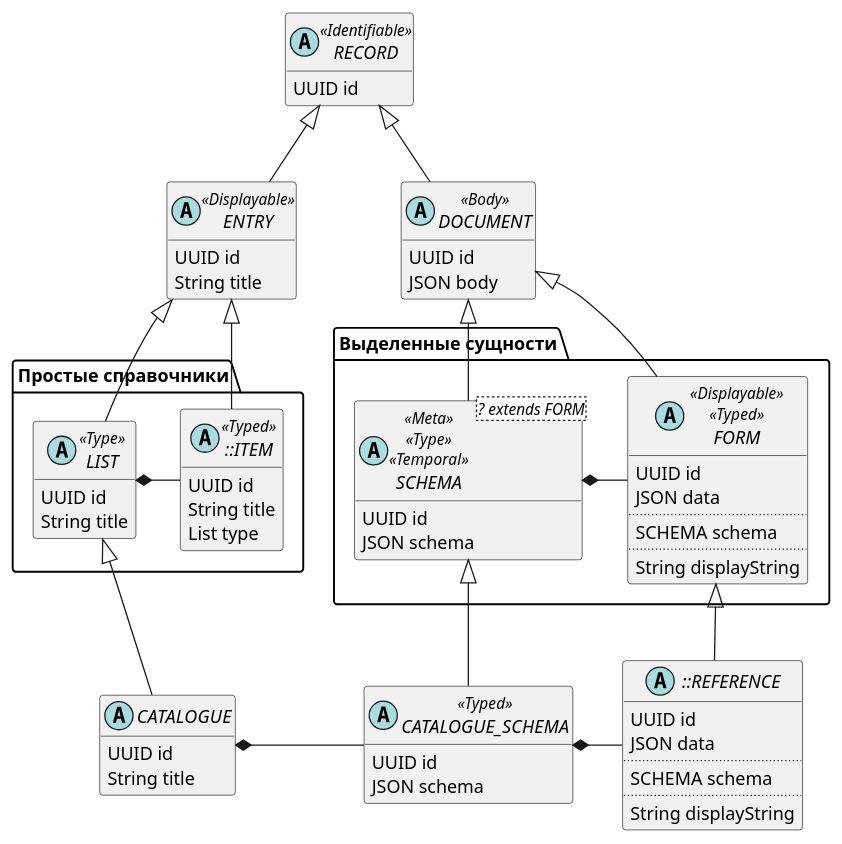
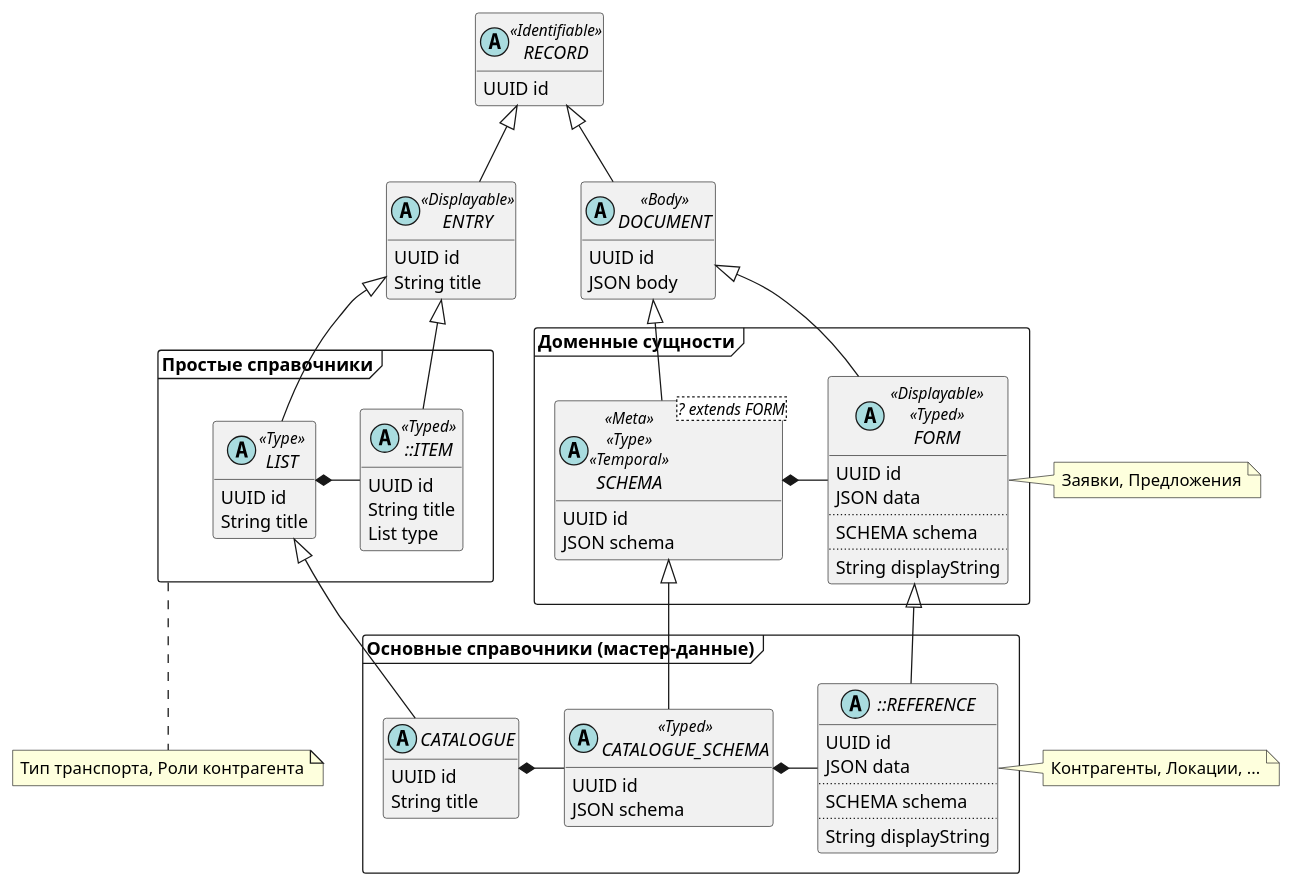
The diagram in dsl/systems/y-portal/plantuml/abstract-data-model.puml (solvo-ru/Y-Portal-c4), drawn with PlantUML before and after one commit. The commit also changed 23 other files, not shown here.

```diff
--- a/dsl/systems/y-portal/plantuml/abstract-data-model.puml
+++ b/dsl/systems/y-portal/plantuml/abstract-data-model.puml
@@ -1,137 +1,136 @@
 @startuml
 hide empty members
 interface Identifiable {
   getId()
 }
 'note left: //Идентифицируемость//\n(однозначно находится системой)
 interface Typed {
     RECORD getType()
 }
 'note left: //Классифицируемость//\n(входит в коллекцию)
 
 interface Displayable {
     String getTitle()
 }
 'note left: //Отображаемость//\n(однозначно находится человеком)
 
 interface Temporal {
     Period getLife()
 }
 'note left: //Временность//\n(имеет ограниченный срок жизни)
 
 interface Body {
     Object getBody()
 }
 'note left: //Содержательность//\n(имеет структуру/тело)
 
 interface Type {
     Record[] getRecords()
 }
 'note left: //Тип/класс//\n(является коллекцией элементов, списком)
 interface Meta {
     Object getSchema()
 }
 'note left: //Схема данных//\n(описывает структуру)
 remove Displayable
 remove Temporal
 remove Body
 remove Typed
 remove Identifiable
 remove Meta
 remove Type
 
 abstract RECORD <<Identifiable>> {
     UUID id
 }
 'note right: Запись таблицы БД
 RECORD ..|> Identifiable
 
 abstract ENTRY <<Displayable>>  {
     UUID id
     String title
 }
 'note right: Объект с наименованием
 ENTRY -up-|> RECORD
 ENTRY ..|> Displayable
 
 abstract DOCUMENT <<Body>> {
     UUID id
     JSON body
 }
 DOCUMENT -up-|> RECORD
 DOCUMENT ..|> Body
-namespace "Простые справочники" as simple {
+ENTRY  .[hidden] DOCUMENT
+
+frame "Простые справочники" as simple {
+
 abstract LIST <<Type>> {
     UUID id
     String title
 }
 abstract ::ITEM <<Typed>>{
     UUID id
     String title
     List type
 }
 }
-'note right: Элемент простого списка
+note bottom of simple: Тип транспорта, Роли контрагента
 ::ITEM -up-|> ENTRY
 ::ITEM ..|> Typed
 
 
 LIST -up-|> ENTRY
 ::ITEM -left-* LIST
 
 
-
-
-namespace "Выделенные сущности" as single {
+frame "Доменные сущности" as single {
     abstract SCHEMA<? extends FORM> <<Meta>> <<Type>> <<Temporal>>{
         UUID id
         JSON schema
     }
     abstract FORM <<Displayable>> <<Typed>>  {
         UUID id
         JSON data
         ....
         SCHEMA schema
         ....
         String displayString
     }
 }
+note right of FORM: Заявки, Предложения
+
 SCHEMA ..|> Type
 SCHEMA ..|> Meta
 SCHEMA -up-|> DOCUMENT
 FORM ..|> Typed
 FORM ..|> Displayable
 FORM -up-|>  DOCUMENT
 FORM -left-* SCHEMA
-
+frame "Основные справочники (мастер-данные)" as mdm {
 abstract CATALOGUE {
     UUID id
     String title
 }
 CATALOGUE -up-|> LIST
 
 abstract CATALOGUE_SCHEMA <<Typed>>{
     UUID id
     JSON schema
 }
 abstract ::REFERENCE {
     UUID id
     JSON data
     ....
     SCHEMA schema
     ....
     String displayString
 }
+}
+note left of ::REFERENCE: Контрагенты, Локации, ...
 CATALOGUE_SCHEMA -up-|> SCHEMA
-CATALOGUE_SCHEMA -left-* CATALOGUE
-
-
-::REFERENCE -left-* CATALOGUE_SCHEMA
+CATALOGUE *-right- CATALOGUE_SCHEMA
+CATALOGUE_SCHEMA *-right- ::REFERENCE
 ::REFERENCE -up-|> FORM
 ::REFERENCE ..|> Body
 
-
-
-
-
 @enduml
```
